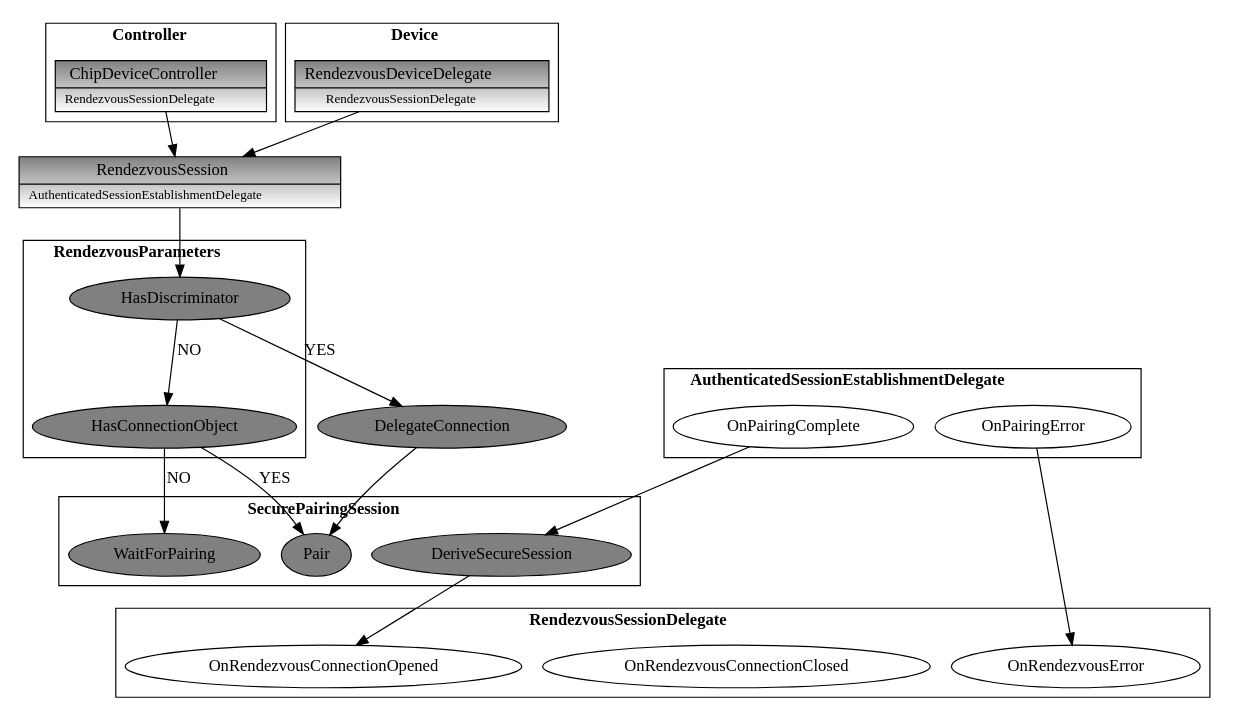
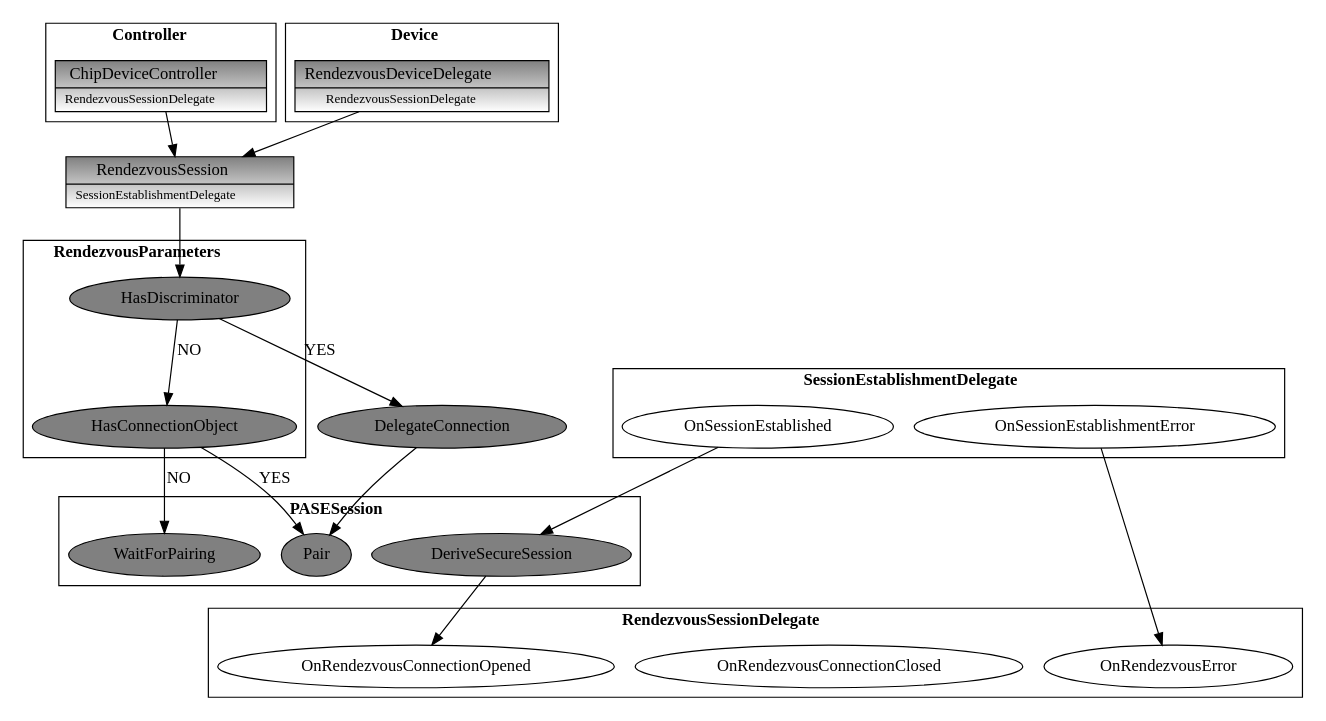
One commit to project-chip/connectedhomeip changed the diagram in docs/dots/Rendezvous/RendezvousSessionInit.dot. Above: the diagram before and after it, drawn with Graphviz. The commit also changed 20 other files, not shown here.

```diff
--- a/docs/dots/Rendezvous/RendezvousSessionInit.dot
+++ b/docs/dots/Rendezvous/RendezvousSessionInit.dot
@@ -1,83 +1,83 @@
 digraph RendezvousSession
 {
   node [fillcolor="gray", style=filled]
 
   # This section represents controller-only elements
   subgraph cluster_controller {
     label=<<b>Controller</b>>
     node [fillcolor="white:gray", gradientangle=90]
 
     ChipDeviceController [shape=record label=<{ChipDeviceController|<font point-size="11">RendezvousSessionDelegate</font>}>, URL="@ref chip::DeviceController::ChipDeviceController"]
   }
 
   # This section represents device-only elements
   subgraph cluster_device {
     label=<<b>Device</b>>
     node [fillcolor="white:gray", gradientangle=90]
 
     RendezvousDeviceDelegate [shape=record label=<{RendezvousDeviceDelegate|<font point-size="11">RendezvousSessionDelegate</font>}> URL="@ref chip::RendezvousSessionDelegate"]
   }
 
   # This section represents elements which belongs to src/transport/
   subgraph rendezvousSession {
     node [fillcolor="white:gray", gradientangle=90]
 
-    RendezvousSession [shape=record, label=<{RendezvousSession|<font point-size="11">AuthenticatedSessionEstablishmentDelegate</font>}>, URL="@ref chip::AuthenticatedSessionEstablishmentDelegate"]
+    RendezvousSession [shape=record, label=<{RendezvousSession|<font point-size="11">SessionEstablishmentDelegate</font>}>, URL="@ref chip::SessionEstablishmentDelegate"]
   }
 
-  # This section represents methods which belongs to SecurePairingSession
+  # This section represents methods which belongs to PASESession
   subgraph cluster_securePairingSession {
-    label=<<b>SecurePairingSession</b>>
+    label=<<b>PASESession</b>>
     node [fillcolor="gray"]
 
-    WaitForPairing [URL="@ref chip::SecurePairingSession::WaitForPairing"]
-    Pair [URL="@ref chip::SecurePairingSession::Pair"]
-    DeriveSecureSession [URL="@ref chip::SecurePairingSession::DeriveSecureSession"]
+    WaitForPairing [URL="@ref chip::PASESession::WaitForPairing"]
+    Pair [URL="@ref chip::PASESession::Pair"]
+    DeriveSecureSession [URL="@ref chip::PASESession::DeriveSecureSession"]
   }
 
   # This section represents methods which belongs to RendezvousParameters
   subgraph cluster_RendezvousParameters {
     label=<<b>RendezvousParameters</b>>
     node [fillcolor="gray"]
 
     HasDiscriminator [URL="@ref chip::RendezvousParameters::HasDiscriminator"]
     HasConnectionObject [URL="@ref chip::RendezvousParameters::HasConnectionObject"]
   }
 
   # This section represents callbacks which belongs to RendezvousSessionDelegate
   subgraph cluster_rendezvousSessionDelegate {
     label=<<b>RendezvousSessionDelegate</b>>
     node [fillcolor="white"]
 
     OnRendezvousConnectionOpened [URL="@ref chip::RendezvousSessionDelegate::OnRendezvousConnectionOpened"]
     OnRendezvousConnectionClosed [URL="@ref chip::RendezvousSessionDelegate::OnRendezvousConnectionClosed"]
     OnRendezvousError [URL="@ref chip::RendezvousSessionDelegate::OnRendezvousError"]
   }
 
-  # This section represents callbacks which belongs to AuthenticatedSessionEstablishmentDelegate
-  subgraph cluster_secureAuthenticatedSessionEstablishmentDelegate {
-    label=<<b>AuthenticatedSessionEstablishmentDelegate</b>>
+  # This section represents callbacks which belongs to SessionEstablishmentDelegate
+  subgraph cluster_secureSessionEstablishmentDelegate {
+    label=<<b>SessionEstablishmentDelegate</b>>
     node [fillcolor="white"]
 
-    OnPairingError [URL="@ref chip::AuthenticatedSessionEstablishmentDelegate::OnPairingError"]
-    OnPairingComplete [URL="@ref chip::AuthenticatedSessionEstablishmentDelegate::OnPairingComplete"]
+    OnSessionEstablishmentError [URL="@ref chip::SessionEstablishmentDelegate::OnSessionEstablishmentError"]
+    OnSessionEstablished [URL="@ref chip::SessionEstablishmentDelegate::OnSessionEstablished"]
   }
 
   #############################
   # Main relationships
   #############################
   {ChipDeviceController, RendezvousDeviceDelegate} -> RendezvousSession
 
   RendezvousSession -> HasDiscriminator
 
   HasDiscriminator -> DelegateConnection [label=YES]
   DelegateConnection -> Pair
 
   HasDiscriminator -> HasConnectionObject [label=NO]
   HasConnectionObject -> Pair [label=YES]
 
   HasConnectionObject -> WaitForPairing [label=NO]
 
-  OnPairingError -> OnRendezvousError
-  OnPairingComplete -> DeriveSecureSession -> OnRendezvousConnectionOpened
+  OnSessionEstablishmentError -> OnRendezvousError
+  OnSessionEstablished -> DeriveSecureSession -> OnRendezvousConnectionOpened
 }
```
